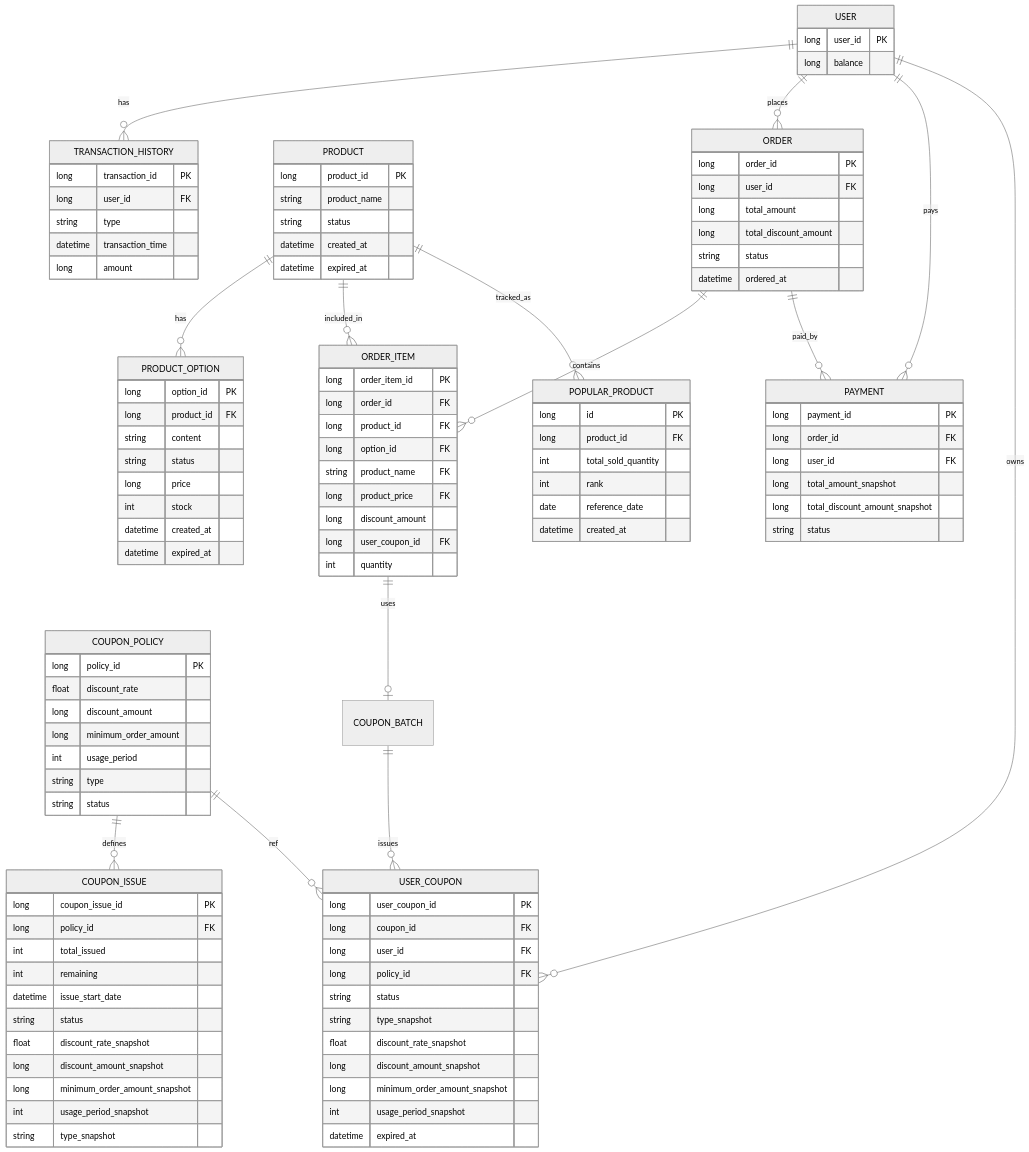
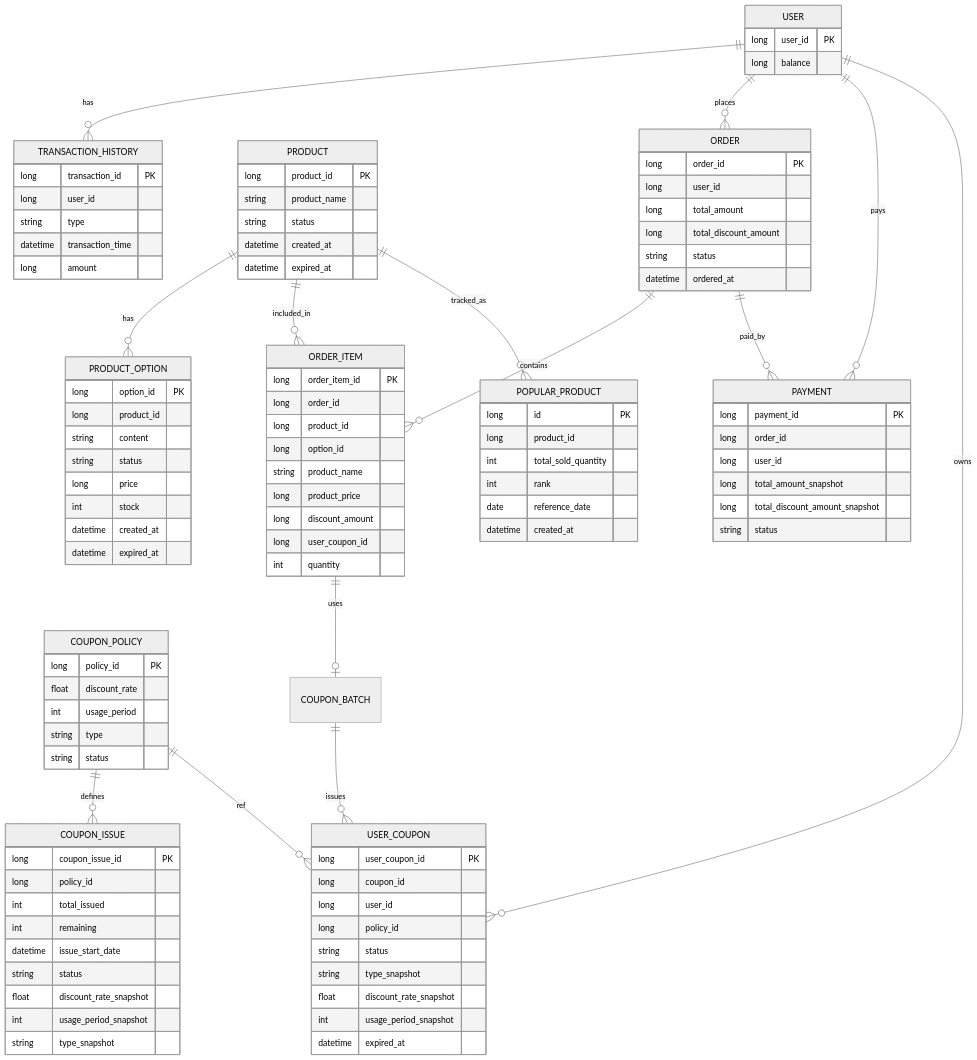
The diagram in docs/ERD.md (sky96027/e-commerce), drawn with Mermaid (neutral theme) before and after one commit.

Commit message:
docs : ERD 개선 (간소화)

```diff
--- a/docs/ERD.md
+++ b/docs/ERD.md
@@ -8,7 +8,7 @@
 
     TRANSACTION_HISTORY {
         long transaction_id PK
-        long user_id FK
+        long user_id
         string type
         datetime transaction_time
         long amount
@@ -25,7 +25,7 @@
 
     PRODUCT_OPTION {
         long option_id PK
-        long product_id FK
+        long product_id
         string content
         string status
         long price
@@ -36,7 +36,7 @@
 
     ORDER {
         long order_id PK
-        long user_id FK
+        long user_id
         long total_amount
         long total_discount_amount
         string status
@@ -45,20 +45,20 @@
 
     ORDER_ITEM {
         long order_item_id PK
-        long order_id FK
-        long product_id FK
-        long option_id FK
-        string product_name FK
-        long product_price FK
+        long order_id
+        long product_id
+        long option_id
+        string product_name
+        long product_price
         long discount_amount
-        long user_coupon_id FK
+        long user_coupon_id
         int quantity
     }
 
     PAYMENT {
         long payment_id PK
-        long order_id FK
-        long user_id FK
+        long order_id
+        long user_id
         long total_amount_snapshot
         long total_discount_amount_snapshot
         string status
@@ -68,8 +68,6 @@
         %% nullable: discount_rate, discount_amount, minimum_order_amount
         long policy_id PK
         float discount_rate
-        long discount_amount
-        long minimum_order_amount
         int usage_period
         string type
         string status
@@ -77,35 +75,31 @@
 
     COUPON_ISSUE {
         long coupon_issue_id PK
-        long policy_id FK
+        long policy_id
         int total_issued
         int remaining
         datetime issue_start_date
         string status
         float discount_rate_snapshot
-        long discount_amount_snapshot
-        long minimum_order_amount_snapshot
         int usage_period_snapshot
         string type_snapshot
     }
 
     USER_COUPON {
         long user_coupon_id PK
-        long coupon_id FK
-        long user_id FK
-        long policy_id FK
+        long coupon_id
+        long user_id
+        long policy_id
         string status
         string type_snapshot
         float discount_rate_snapshot
-        long discount_amount_snapshot
-        long minimum_order_amount_snapshot
         int usage_period_snapshot
         datetime expired_at
     }
 
     POPULAR_PRODUCT {
         long id PK
-        long product_id FK
+        long product_id
         int total_sold_quantity
         int rank
         date reference_date
```
